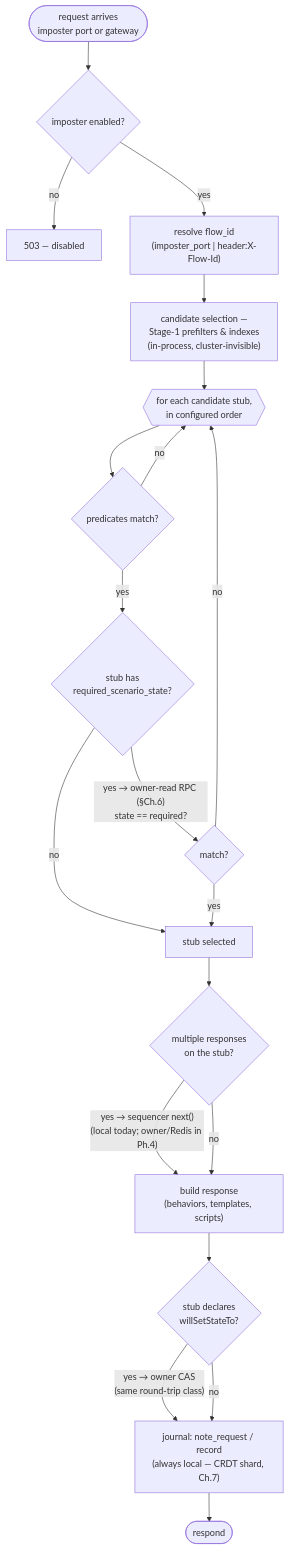
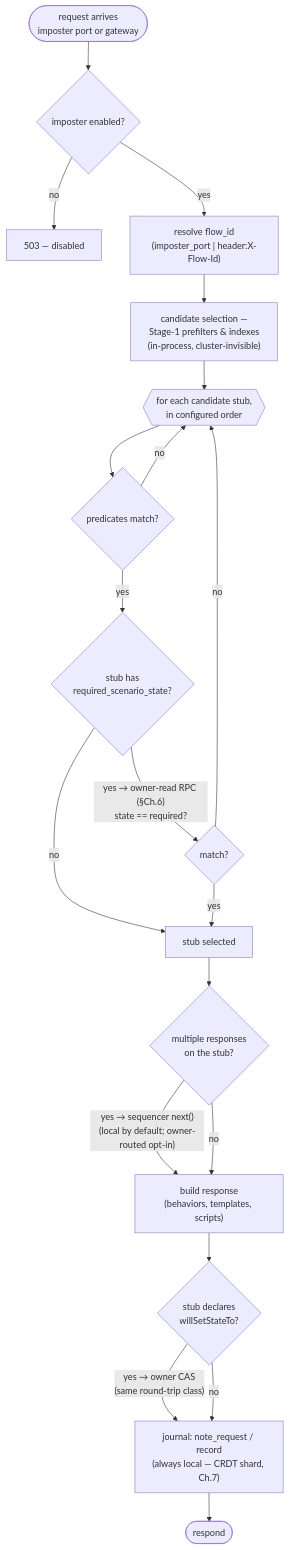
The first of 3 diagrams in docs/architecture/05-read-path.md (achird-labs/rift-cluster), drawn with Mermaid before and after one commit. The commit also changed 12 other files, not shown here.

````diff
--- a/docs/architecture/05-read-path.md
+++ b/docs/architecture/05-read-path.md
@@ -11,22 +11,22 @@
 ```mermaid
 flowchart TB
     IN([request arrives<br/>imposter port or gateway]) --> EN{imposter enabled?}
     EN -- no --> R503[503 — disabled]
     EN -- yes --> FID["resolve flow_id<br/>(imposter_port | header:X-Flow-Id)"]
     FID --> IDX["candidate selection —<br/>Stage-1 prefilters & indexes<br/>(in-process, cluster-invisible)"]
     IDX --> LOOP{{for each candidate stub,<br/>in configured order}}
     LOOP --> PRED{predicates match?}
     PRED -- no --> LOOP
     PRED -- yes --> SCN{stub has<br/>required_scenario_state?}
     SCN -- no --> SEL[stub selected]
     SCN -- "yes → owner-read RPC (§Ch.6)<br/>state == required?" --> SCM{match?}
     SCM -- no --> LOOP
     SCM -- yes --> SEL
     SEL --> MULTI{multiple responses<br/>on the stub?}
-    MULTI -- "yes → sequencer next()<br/>(local today; owner/Redis in Ph.4)" --> RESP
+    MULTI -- "yes → sequencer next()<br/>(local by default; owner-routed opt-in)" --> RESP
     MULTI -- no --> RESP["build response<br/>(behaviors, templates, scripts)"]
     RESP --> TRANS{"stub declares<br/>willSetStateTo?"}
     TRANS -- "yes → owner CAS<br/>(same round-trip class)" --> REC
     TRANS -- no --> REC["journal: note_request / record<br/>(always local — CRDT shard, Ch.7)"]
     REC --> OUT([respond])
 ```
````
